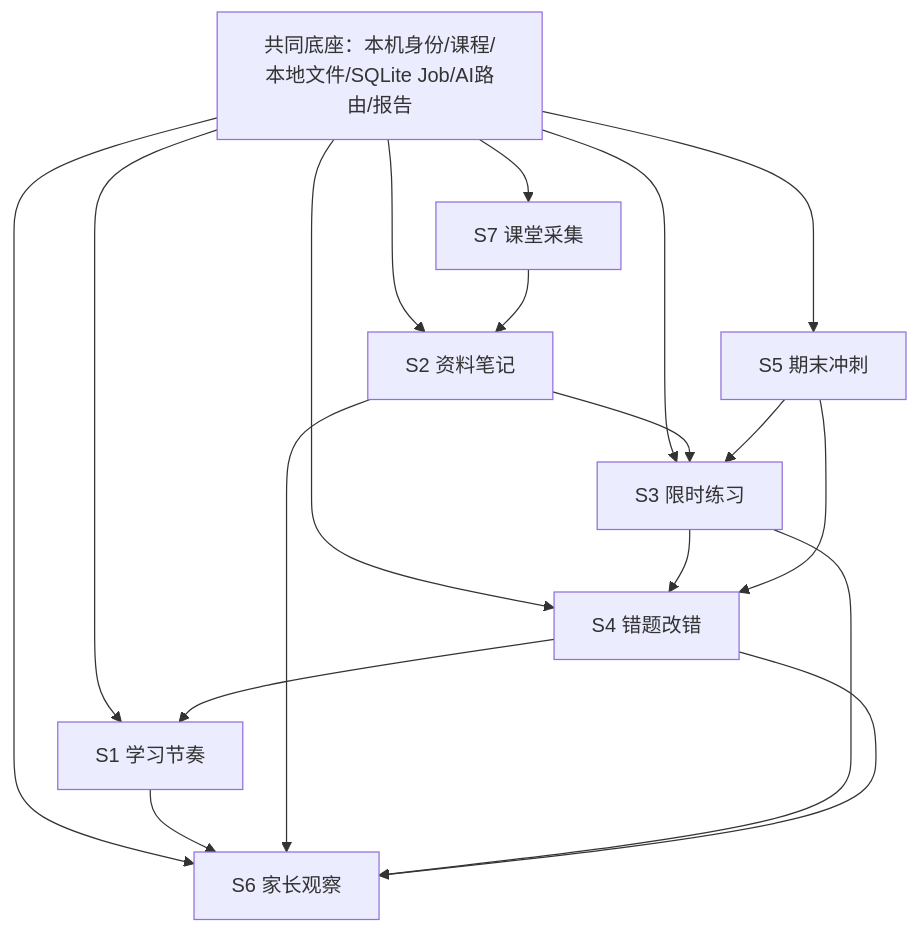
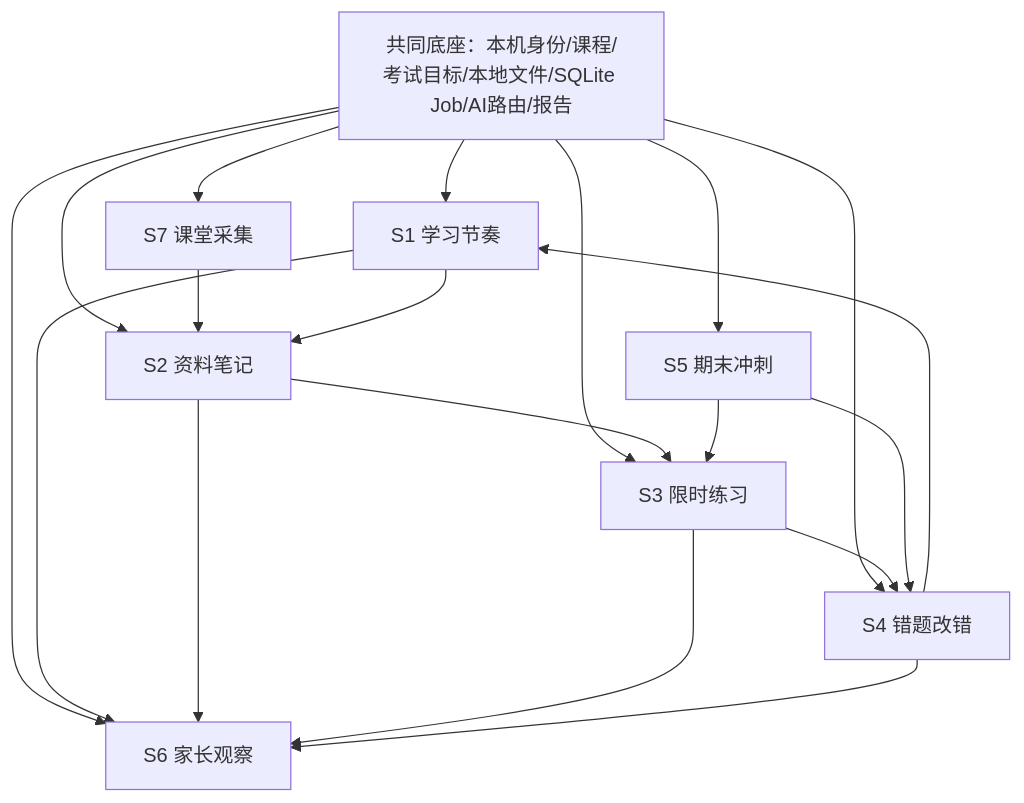
The diagram in docs/02-七子系统地图-Scenario-Systems.md (everything-is-simple/ai-studybuddy), drawn with Mermaid before and after one commit. The commit also changed other lines of this file and 5 other files, not shown here.

Commit message:
docs: align phase 0.7 exam flow

````diff
--- a/docs/02-七子系统地图-Scenario-Systems.md
+++ b/docs/02-七子系统地图-Scenario-Systems.md
@@ -50,21 +66,22 @@
 ```mermaid
 flowchart TD
-  Base["共同底座：本机身份/课程/本地文件/SQLite Job/AI路由/报告"] --> S1["S1 学习节奏"]
+  Base["共同底座：本机身份/课程/考试目标/本地文件/SQLite Job/AI路由/报告"] --> S1["S1 学习节奏"]
   Base --> S2["S2 资料笔记"]
   Base --> S3["S3 限时练习"]
   Base --> S4["S4 错题改错"]
   Base --> S5["S5 期末冲刺"]
   Base --> S6["S6 家长观察"]
   Base --> S7["S7 课堂采集"]
 
   S7 --> S2
+  S1 --> S2
   S2 --> S3
   S3 --> S4
   S4 --> S1
   S5 --> S3
   S5 --> S4
   S1 --> S6
   S2 --> S6
   S3 --> S6
   S4 --> S6
 ```
````
